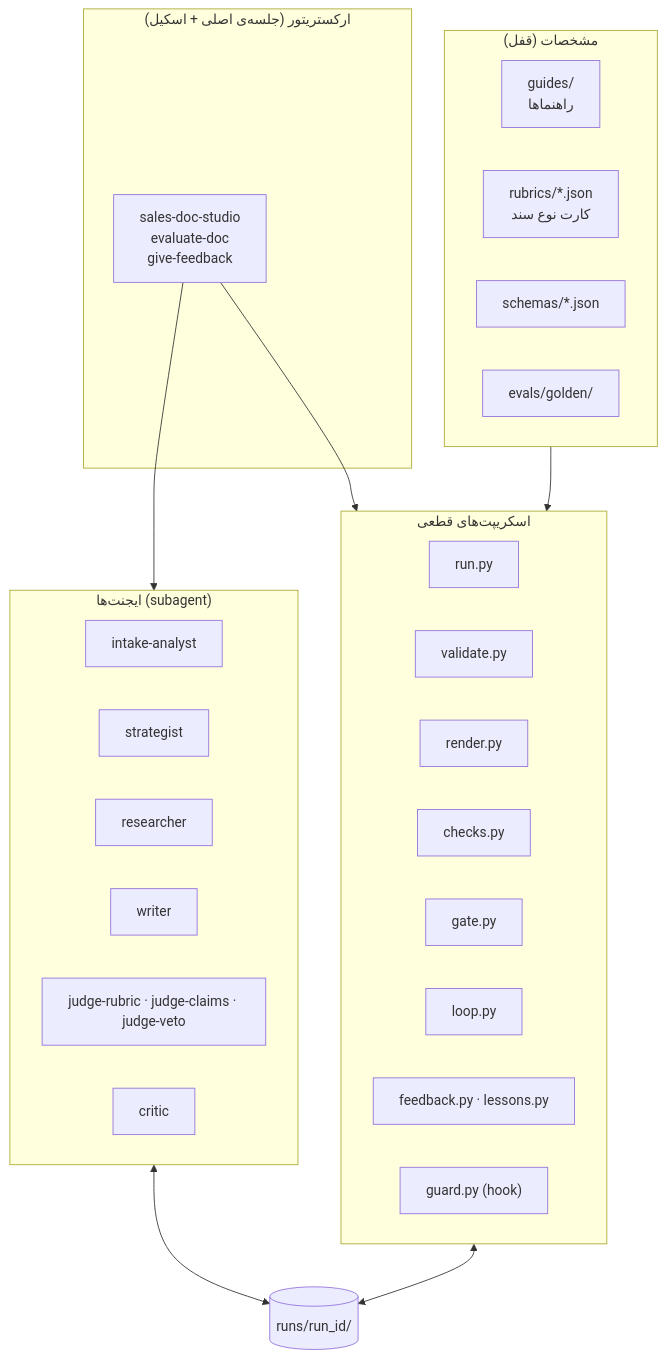
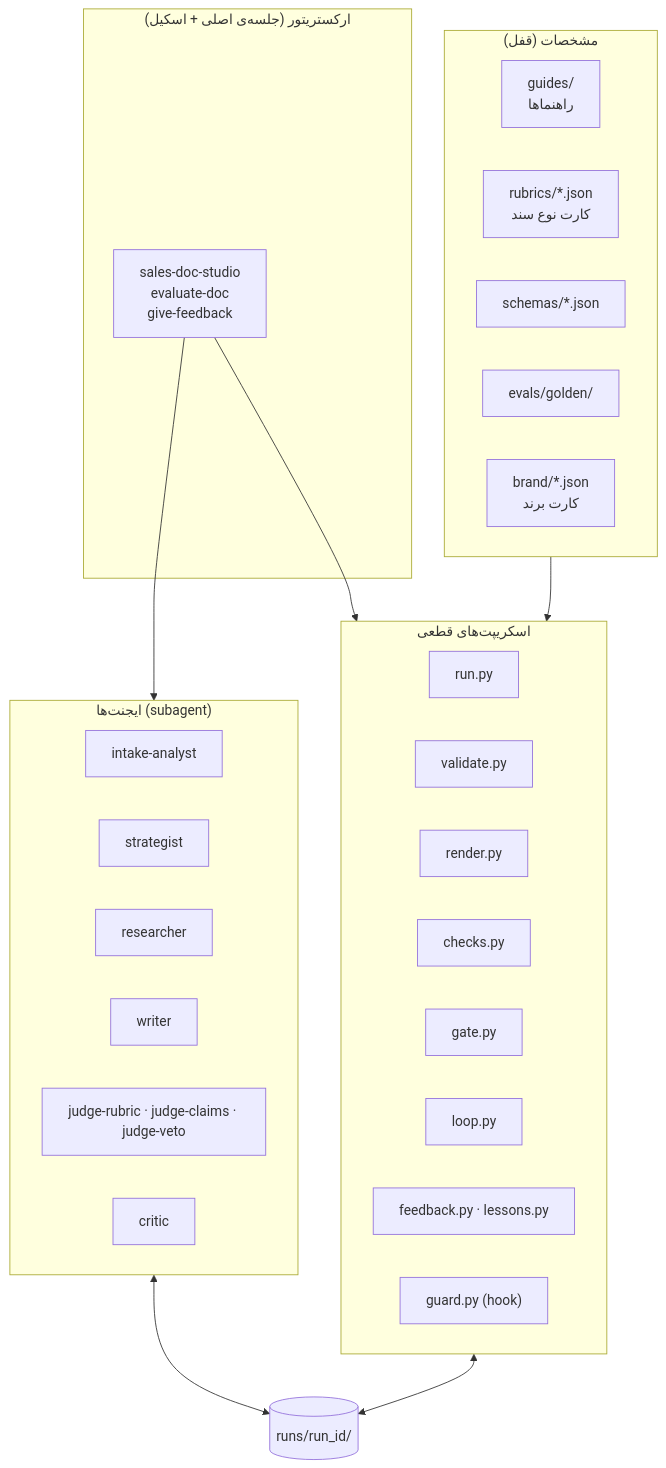
Before and after one commit to mahdisoleymani1322-beep/docs: the first of 3 diagrams in docs/۰۱-معماری.md, drawn with Mermaid. The commit also changed other lines of this file and 8 other files, not shown here.

````diff
--- a/docs/۰۱-معماری.md
+++ b/docs/۰۱-معماری.md
@@ -19,36 +19,37 @@
 ```mermaid
 flowchart TB
     subgraph SPEC["مشخصات (قفل)"]
         GD["guides/<br/>راهنماها"]
         RB["rubrics/*.json<br/>کارت نوع سند"]
         SC["schemas/*.json"]
         GS["evals/golden/"]
+        BR["brand/*.json<br/>کارت برند"]
     end
     subgraph ORCH["ارکستریتور (جلسه‌ی اصلی + اسکیل)"]
         SK["sales-doc-studio<br/>evaluate-doc<br/>give-feedback"]
     end
     subgraph CODE["اسکریپت‌های قطعی"]
         RUN["run.py"]
         VAL["validate.py"]
         REN["render.py"]
         CHK["checks.py"]
         GATE["gate.py"]
         LOOP["loop.py"]
         FB["feedback.py · lessons.py"]
         GRD["guard.py (hook)"]
     end
     subgraph AG["ایجنت‌ها (subagent)"]
         A1["intake-analyst"]
         A2["strategist"]
         A3["researcher"]
         A4["writer"]
         J["judge-rubric · judge-claims · judge-veto"]
         A5["critic"]
     end
     RUNS[("runs/run_id/")]
     SK --> CODE
     SK --> AG
     AG <--> RUNS
     CODE <--> RUNS
     SPEC --> CODE
 ```
````
